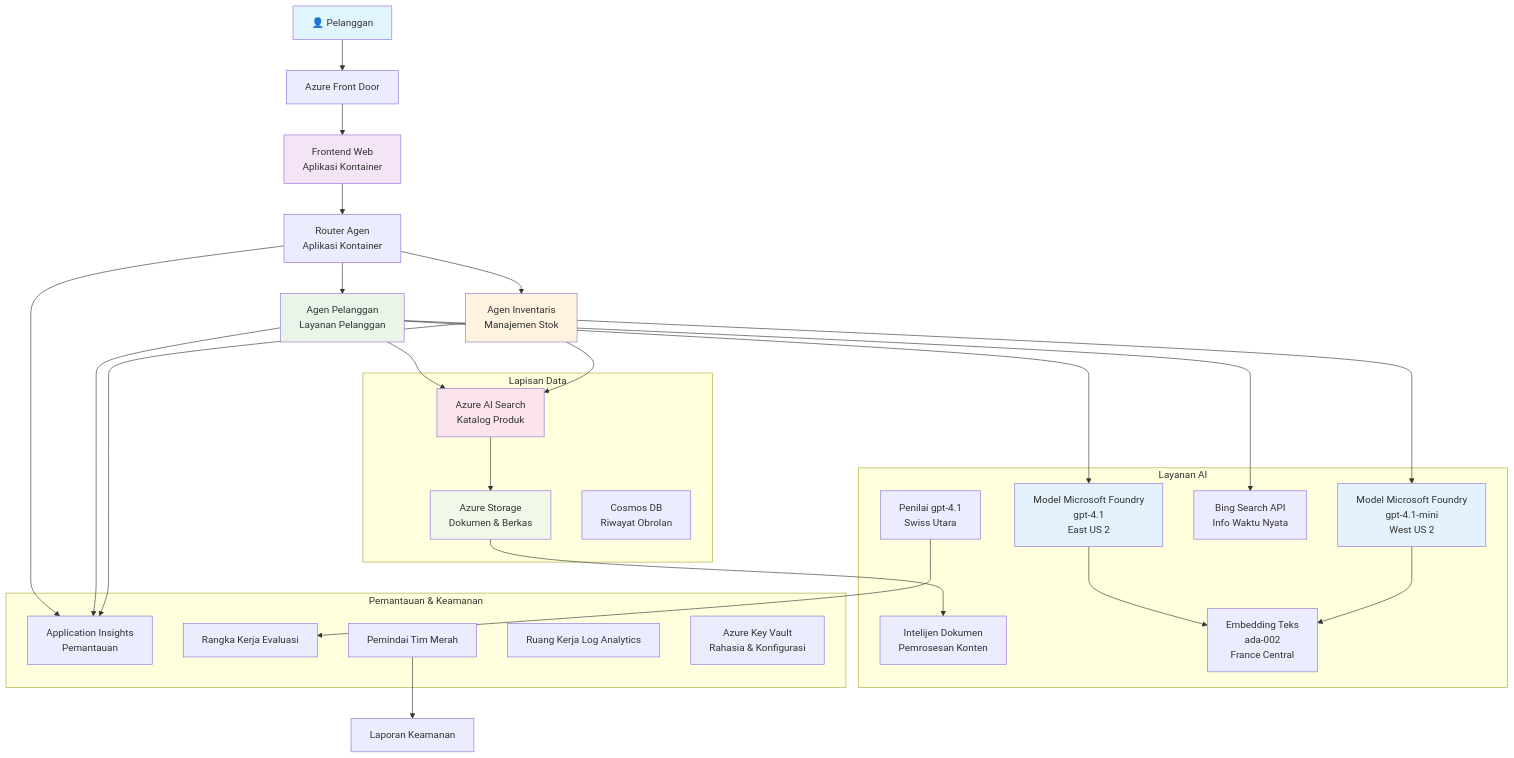
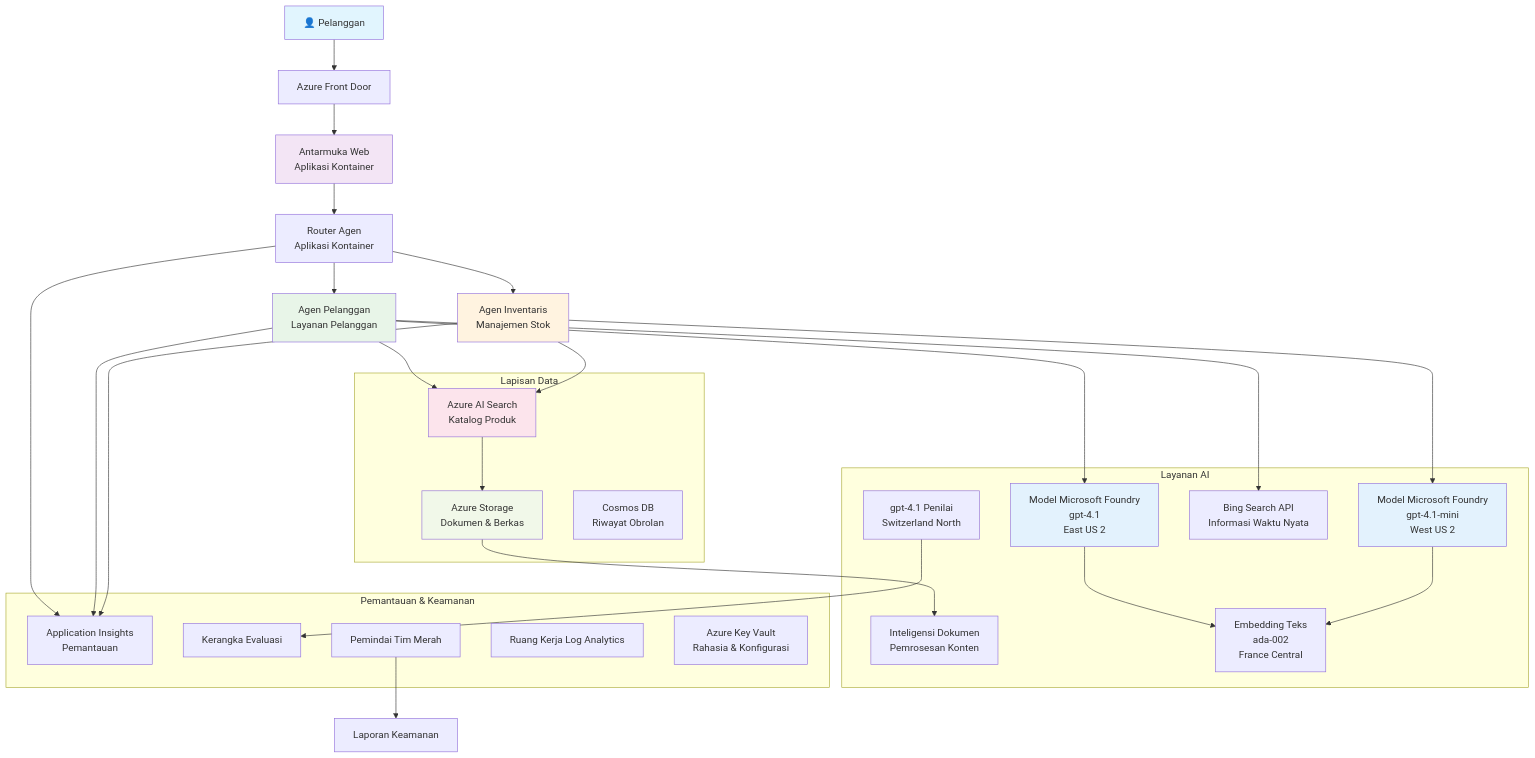
One commit to microsoft/AZD-for-beginners changed the diagram in translations/id/examples/retail-scenario.md. Above: the diagram before and after it, drawn with Mermaid. The commit also changed other lines of this file and 104 other files, not shown here.

````diff
--- a/translations/id/examples/retail-scenario.md
+++ b/translations/id/examples/retail-scenario.md
@@ -139,61 +139,61 @@
 ```mermaid
 graph TB
     User[👤 Pelanggan] --> LB[Azure Front Door]
-    LB --> WebApp[Frontend Web<br/>Aplikasi Kontainer]
+    LB --> WebApp[Antarmuka Web<br/>Aplikasi Kontainer]
     
     WebApp --> Router[Router Agen<br/>Aplikasi Kontainer]
     Router --> CustomerAgent[Agen Pelanggan<br/>Layanan Pelanggan]
     Router --> InvAgent[Agen Inventaris<br/>Manajemen Stok]
     
     CustomerAgent --> OpenAI1[Model Microsoft Foundry<br/>gpt-4.1<br/>East US 2]
     InvAgent --> OpenAI2[Model Microsoft Foundry<br/>gpt-4.1-mini<br/>West US 2]
     
     CustomerAgent --> AISearch[Azure AI Search<br/>Katalog Produk]
-    CustomerAgent --> BingSearch[Bing Search API<br/>Info Waktu Nyata]
+    CustomerAgent --> BingSearch[Bing Search API<br/>Informasi Waktu Nyata]
     InvAgent --> AISearch
     
     AISearch --> Storage[Azure Storage<br/>Dokumen & Berkas]
-    Storage --> DocIntel[Intelijen Dokumen<br/>Pemrosesan Konten]
+    Storage --> DocIntel[Inteligensi Dokumen<br/>Pemrosesan Konten]
     
     OpenAI1 --> Embeddings[Embedding Teks<br/>ada-002<br/>France Central]
     OpenAI2 --> Embeddings
     
     Router --> AppInsights[Application Insights<br/>Pemantauan]
     CustomerAgent --> AppInsights
     InvAgent --> AppInsights
     
-    GraderModel[Penilai gpt-4.1<br/>Swiss Utara] --> Evaluation[Rangka Kerja Evaluasi]
+    GraderModel[gpt-4.1 Penilai<br/>Switzerland North] --> Evaluation[Kerangka Evaluasi]
     RedTeam[Pemindai Tim Merah] --> SecurityReports[Laporan Keamanan]
     
     subgraph "Lapisan Data"
         Storage
         AISearch
         CosmosDB[Cosmos DB<br/>Riwayat Obrolan]
     end
     
     subgraph "Layanan AI"
         OpenAI1
         OpenAI2
         Embeddings
         GraderModel
         DocIntel
         BingSearch
     end
     
     subgraph "Pemantauan & Keamanan"
         AppInsights
         LogAnalytics[Ruang Kerja Log Analytics]
         KeyVault[Azure Key Vault<br/>Rahasia & Konfigurasi]
         RedTeam
         Evaluation
     end
     
     style User fill:#e1f5fe
     style WebApp fill:#f3e5f5
     style CustomerAgent fill:#e8f5e8
     style InvAgent fill:#fff3e0
     style OpenAI1 fill:#e3f2fd
     style OpenAI2 fill:#e3f2fd
     style AISearch fill:#fce4ec
     style Storage fill:#f1f8e9
 ```
````
